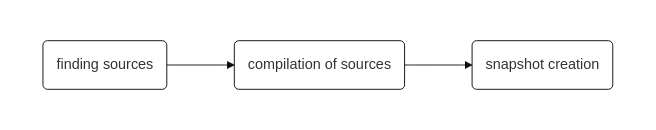
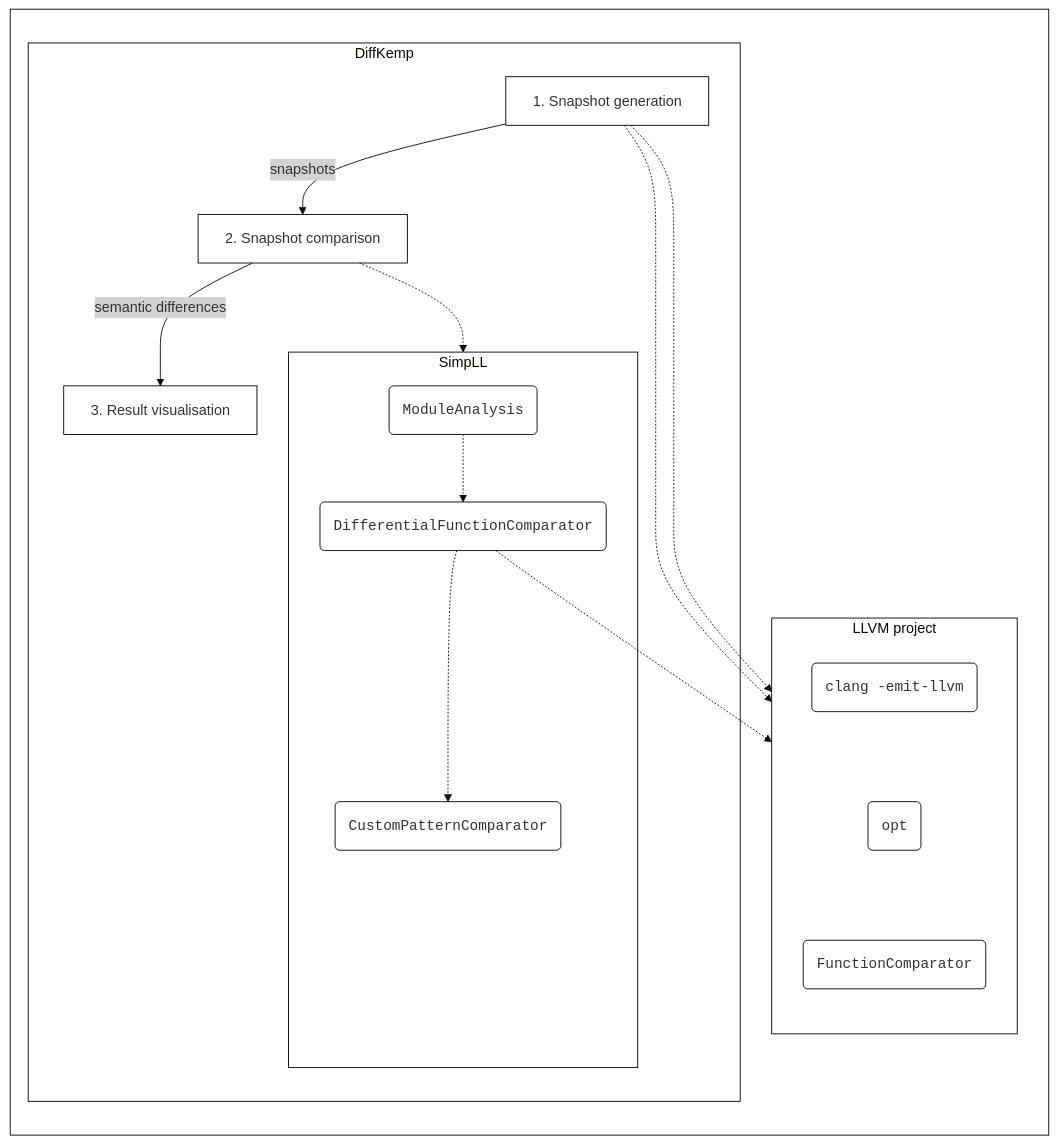
Before and after one commit to PLukas2018/diffkemp: the diagram in docs/architecture.md, drawn with Mermaid.

````diff
--- a/docs/architecture.md
+++ b/docs/architecture.md
@@ -1,34 +1,43 @@
 ```mermaid
 ---
-# This code renders an image showing the relation of the commands.
+# This code renders an image showingrankSpacing the relation of the commands.
 # The image does not show on the GitHub app, use a browser to see the image.
 config:
   theme: base
-  themeCSS: "
-/* redefinition of subgraphs labels */
-.cluster-label {
-  font-family: monospace;
-  font-size: 16px;
-}
-"
   themeVariables:
     nodeBorder: black
     mainBkg: white
     clusterBkg: white
-    clusterBorder: white
+    clusterBorder: black
     edgeLabelBackground: lightgrey
 ---
 flowchart LR
-%% Wrapping the whole thing in a subgraph so it has a white background even
-%% in a dark mode.
 subgraph G[" "]
-    direction LR
-    %% nodes
-    fs("finding sources")
-    cs("compilation of sources")
-    sc("snapshot creation")
-    %% edges
-    fs --> cs --> sc
-    click sc "#snapshot-creation" "link"
+  subgraph dk["DiffKemp"]
+    sg -- "snapshots" --> sc -- "semantic differences" --> rv
+    sg["1. Snapshot generation"]
+    sc["2. Snapshot comparison"]
+    rv["3. Result visualisation"]
+    subgraph simpll["SimpLL"]
+      ma("ModuleAnalysis")
+      dfc("DifferentialFunctionComparator")
+      cc("CustomPatternComparator")
+      ma -.-> dfc -.-> cc
+    end
+  end
+  subgraph llvm["LLVM project"]
+    direction TB
+    clang("clang -emit-llvm")
+    opt("opt")
+    fc("FunctionComparator")
+    clang ~~~ opt ~~~ fc
+  end
+  sg -.-> clang
+  sc -.-> simpll
+  sg -.-> opt
+  dfc -.-> fc
 end
+%% style
+classDef mono font-family:monospace
+class ccw,cg,ma,mc,dfc,fc,cc,clang,opt mono
 ```
````
